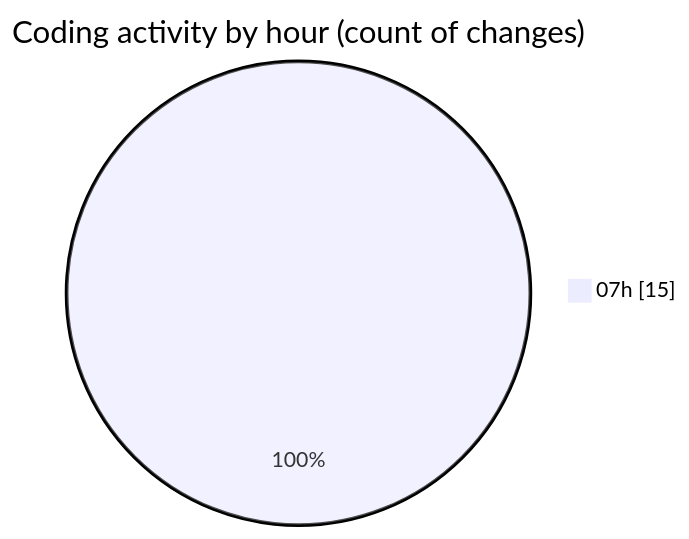
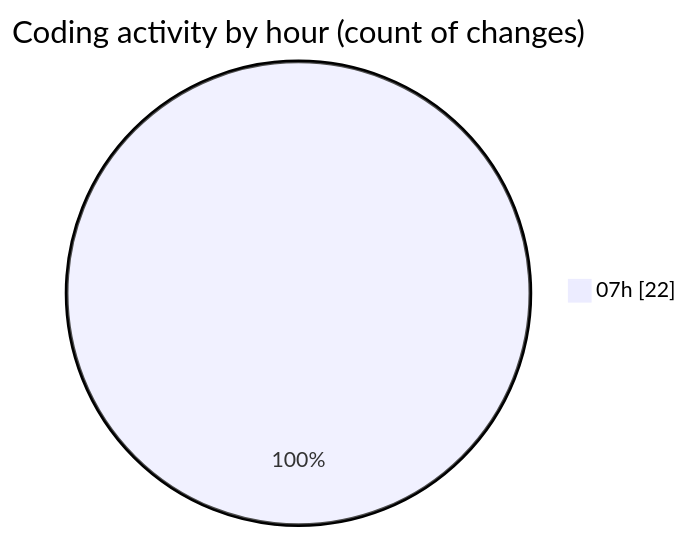
Before and after one commit to vahidmafi/code-tracking: the second of 2 diagrams in 2025-10-04/shop/README.md, drawn with Mermaid. The commit also changed other lines of this file and 1 other file, not shown here.

````diff
--- a/2025-10-04/shop/README.md
+++ b/2025-10-04/shop/README.md
@@ -30,5 +32,5 @@
 ```mermaid
 pie showData
 title Coding activity by hour (count of changes)
-"07h" : 15
+"07h" : 22
 ```
````
